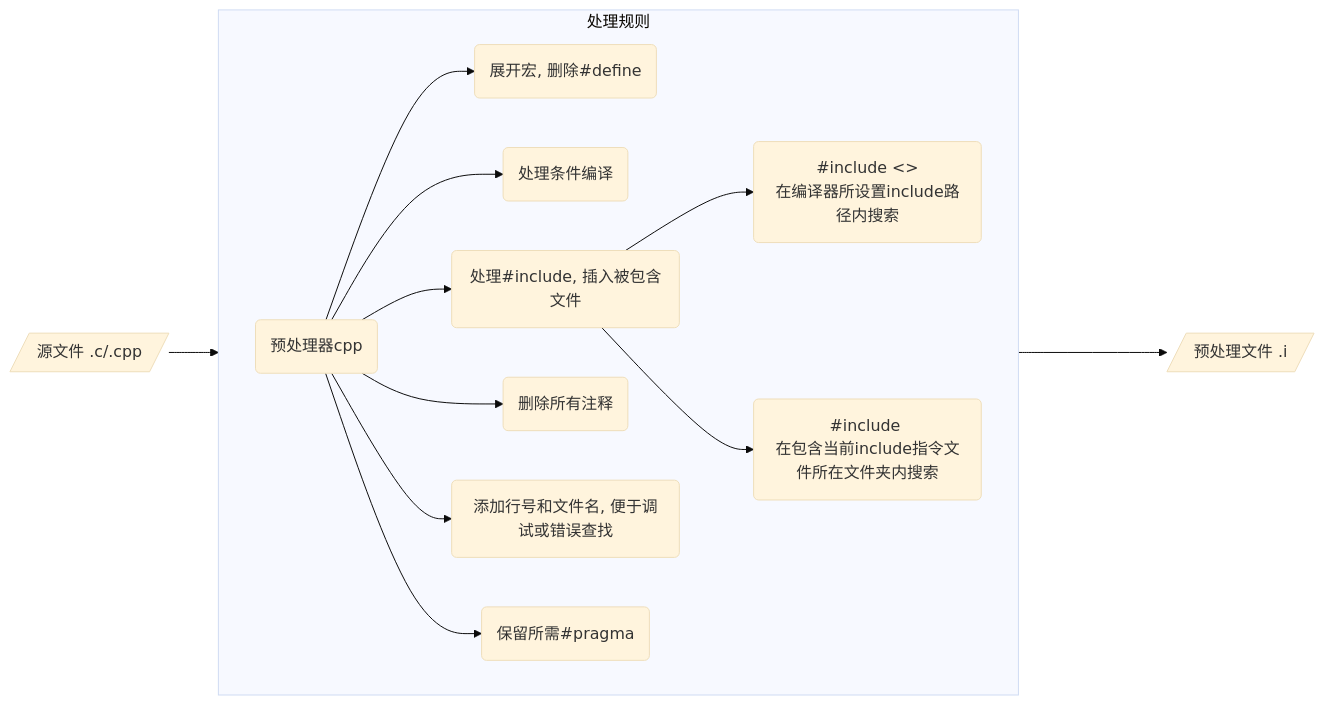
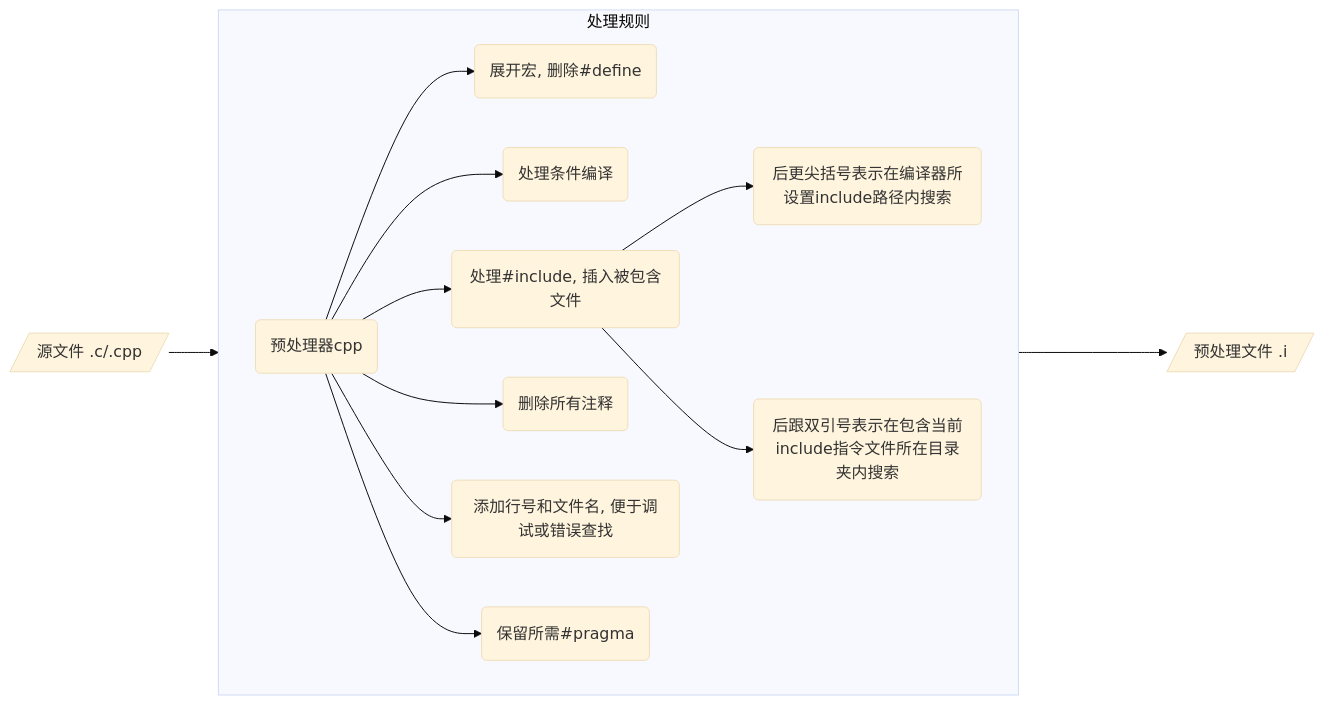
Before and after one commit to dmjcb/dmjcb.github.io: the second of 6 diagrams in _posts/Language/C_C++/Compile/2021-06-15-编译过程.md, drawn with Mermaid (base theme). The commit also changed other lines of this file and 7 other files, not shown here.

````diff
--- a/_posts/Language/C_C++/Compile/2021-06-15-编译过程.md
+++ b/_posts/Language/C_C++/Compile/2021-06-15-编译过程.md
@@ -67,18 +71,18 @@
 ```mermaid
 graph LR;
     subgraph 处理规则
         direction LR
         A(预处理器cpp)
             A --> B(展开宏, 删除#define)
             A --> C(处理条件编译)
             A --> D(处理#include, 插入被包含文件)
-                D --> D1(#include <><br>在编译器所设置include路径内搜索)
-                D --> D2(#include ""<br>在包含当前include指令文件所在文件夹内搜索)
+                D --> D1(后更尖括号表示在编译器所设置include路径内搜索)
+                D --> D2(后跟双引号表示在包含当前include指令文件所在目录夹内搜索)
             A --> E(删除所有注释)
             A --> F(添加行号和文件名, 便于调试或错误查找)
             A --> G(保留所需#pragma)
     end
 
     P[/源文件 .c/.cpp/] --> A 
     处理规则 ----> I[/预处理文件 .i/]
 ```
````
